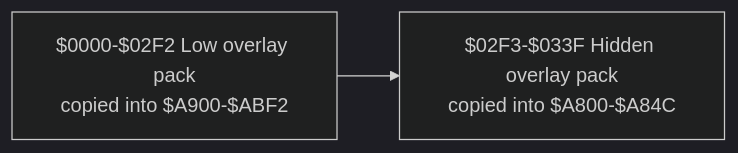
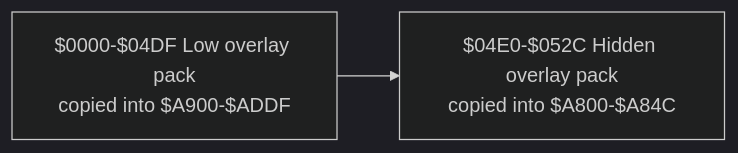
Before and after one commit to 123Onetwothree123/6502: the third of 8 diagrams in src/apps/readybasic/READYBASIC_LIFECYCLE_AND_REU_ARCHITECTURE.md, drawn with Mermaid (dark theme). The commit also changed other lines of this file and 13 other files, not shown here.

````diff
--- a/src/apps/readybasic/READYBASIC_LIFECYCLE_AND_REU_ARCHITECTURE.md
+++ b/src/apps/readybasic/READYBASIC_LIFECYCLE_AND_REU_ARCHITECTURE.md
@@ -176,6 +177,6 @@
 ```mermaid
 flowchart LR
-  LP["$0000-$02F2 Low overlay pack<br/>copied into $A900-$ABF2"]
-  HP["$02F3-$033F Hidden overlay pack<br/>copied into $A800-$A84C"]
+  LP["$0000-$04DF Low overlay pack<br/>copied into $A900-$ADDF"]
+  HP["$04E0-$052C Hidden overlay pack<br/>copied into $A800-$A84C"]
   LP --> HP
 ```
````
